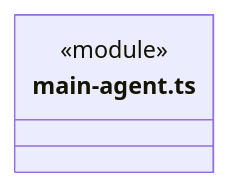
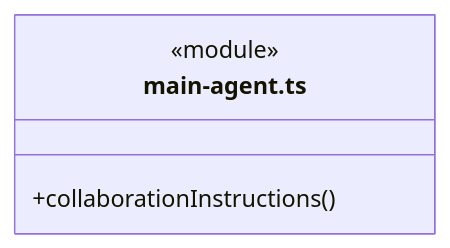
One commit to nan023062/cbim changed the second of 6 diagrams in src/backend/scheduler-engine/conversation/ARCHITECTURE.md. Above: the diagram before and after it, drawn with Mermaid. The commit also changed other lines of this file and 80 other files, not shown here.

````diff
--- a/src/backend/scheduler-engine/conversation/ARCHITECTURE.md
+++ b/src/backend/scheduler-engine/conversation/ARCHITECTURE.md
@@ -42,6 +42,7 @@
 ```mermaid
 classDiagram
 class N_src_backend_scheduler_engine_conversation_main_agent_ts["main-agent.ts"] {
   <<module>>
+  +collaborationInstructions()
 }
 ```
````
